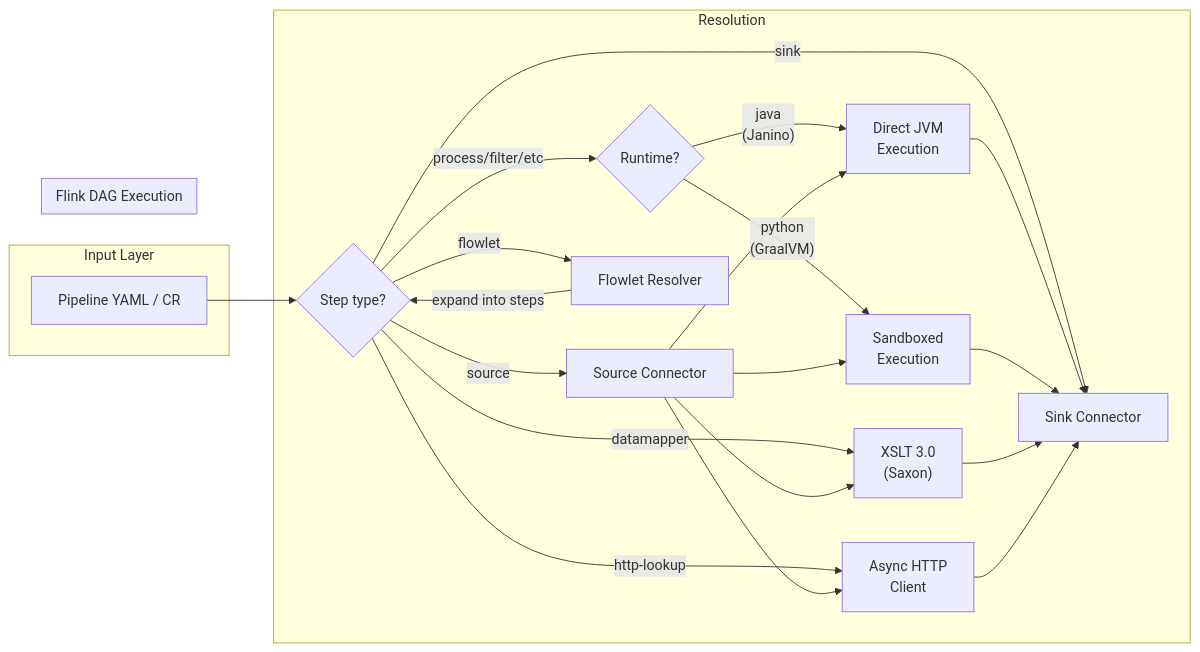
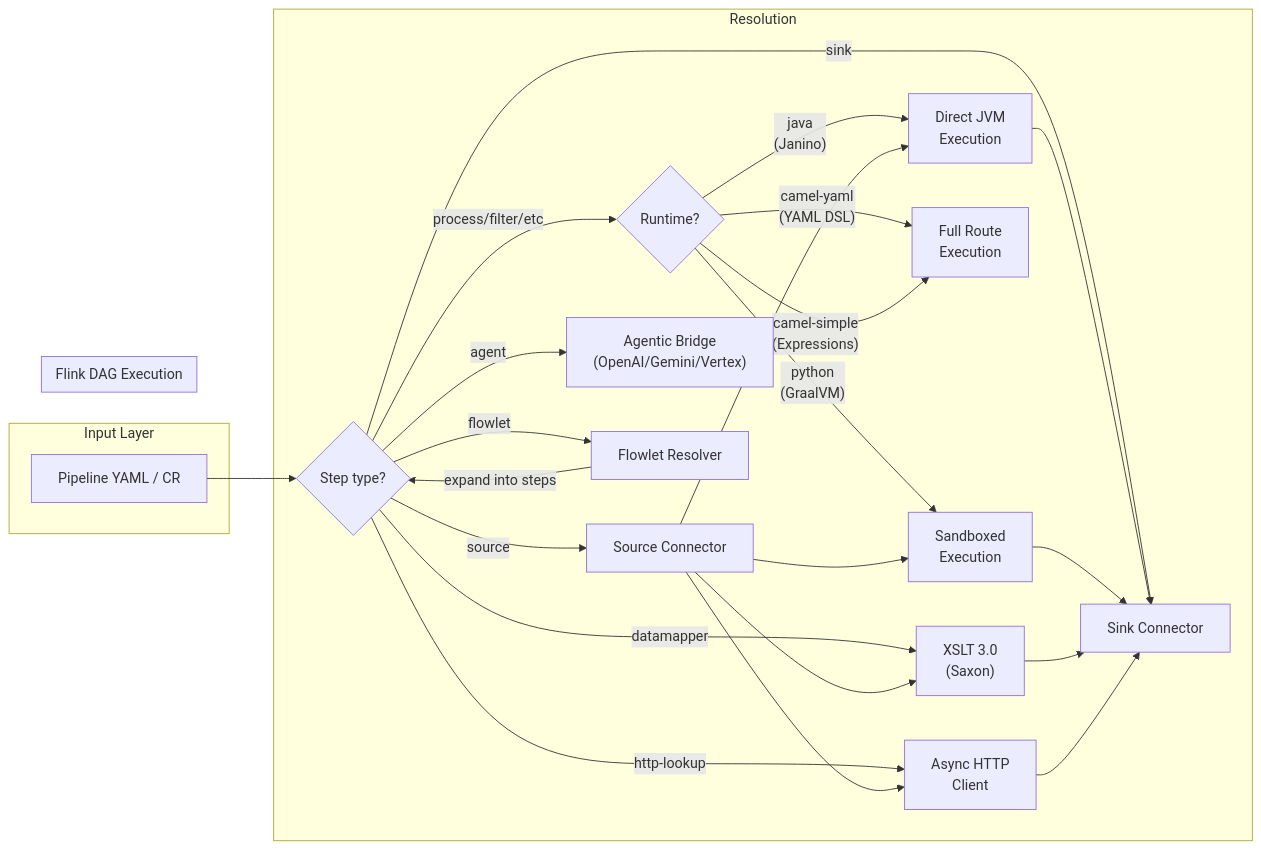
The second of 4 diagrams in docs/01_ARCHITECTURE.md (talwegai/flinkflow), drawn with Mermaid before and after one commit. The commit also changed other lines of this file and 143 other files, not shown here.

Commit message:
camel yaml dsl, more examples and test coverage, security fix

````diff
--- a/docs/01_ARCHITECTURE.md
+++ b/docs/01_ARCHITECTURE.md
@@ -173,28 +175,31 @@
 ```mermaid
 flowchart LR
     subgraph INPUT["Input Layer"]
         A["Pipeline YAML / CR"]
     end
 
     subgraph RESOLVE["Resolution"]
         B{"Step type?"}
         B -->|"source"| C["Source Connector"]
         B -->|"process/filter/etc"| PL{"Runtime?"}
         PL -->|"java<br/>(Janino)"| D1["Direct JVM<br/>Execution"]
         PL -->|"python<br/>(GraalVM)"| D2["Sandboxed<br/>Execution"]
+        PL -->|"camel-yaml<br/>(YAML DSL)"| D3["Full Route<br/>Execution"]
+        PL -->|"camel-simple<br/>(Expressions)"| D3
+        B -->|"agent"| D4["Agentic Bridge<br/>(OpenAI/Gemini/Vertex)"]
         B -->|"datamapper"| E["XSLT 3.0<br/>(Saxon)"]
         B -->|"http-lookup"| F["Async HTTP<br/>Client"]
         B -->|"flowlet"| G["Flowlet Resolver"]
         B -->|"sink"| H["Sink Connector"]
         G -->|"expand into steps"| B
     end
 
     subgraph EXEC["Flink DAG Execution"]
         C --> D1 --> H
         C --> D2 --> H
         C --> E --> H
         C --> F --> H
     end
 
     A --> B
 ```
````
